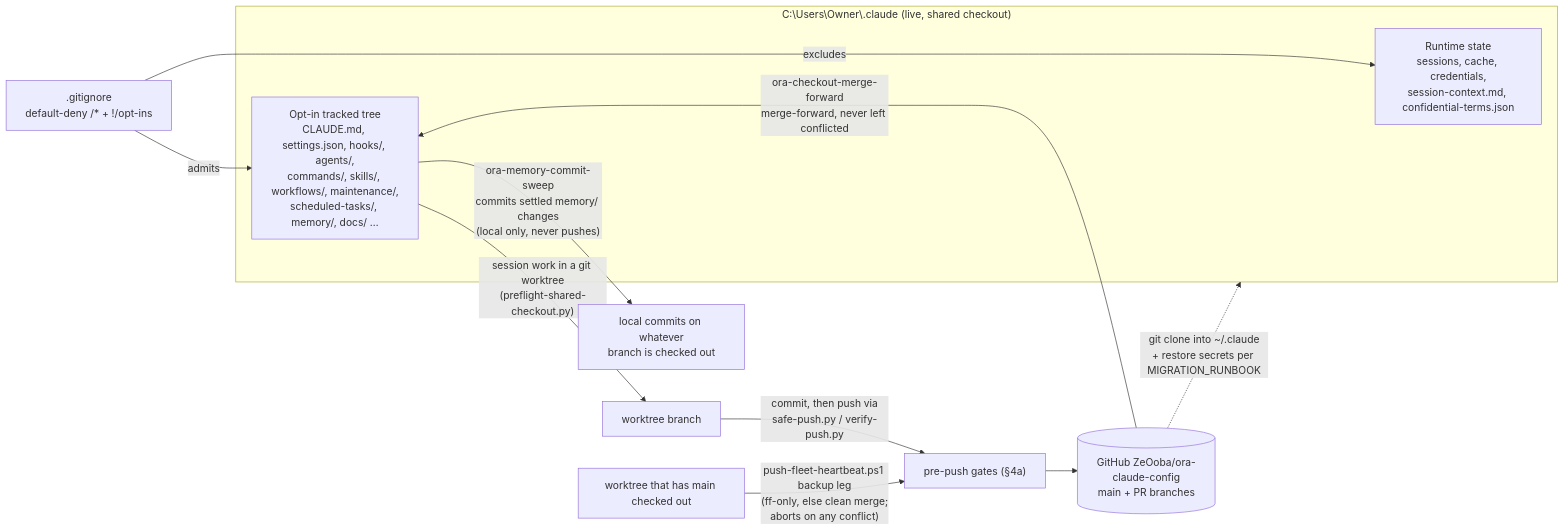
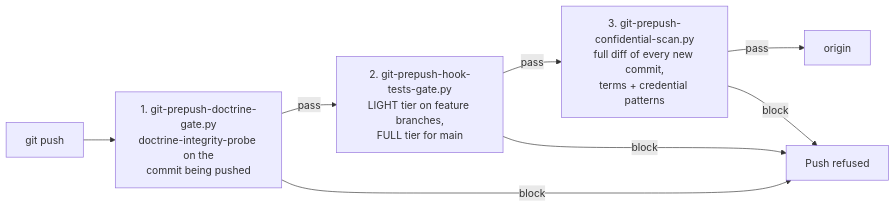
The fourth of 4 diagrams in README.md (ZeOoba/ora-claude-config), drawn with Mermaid before and after one commit. The commit also changed other lines of this file, not shown here.

````diff
--- a/README.md
+++ b/README.md
@@ -279,17 +387,10 @@
 ```mermaid
 flowchart LR
-    subgraph DISK["C:\Users\Owner\.claude (live, shared checkout)"]
-        RT["Runtime state<br/>sessions, cache, credentials,<br/>session-context.md, confidential-terms.json"]
-        TR["Opt-in tracked tree<br/>CLAUDE.md, settings.json, hooks/, agents/,<br/>commands/, skills/, workflows/, maintenance/,<br/>scheduled-tasks/, memory/, docs/ …"]
-    end
-    GI[".gitignore<br/>default-deny /* + !/opt-ins"]
-    GI -->|excludes| RT
-    GI -->|admits| TR
-    TR -->|"session work in a git worktree<br/>(preflight-shared-checkout.py)"| WT["worktree branch"]
-    WT -->|"commit, then push via<br/>safe-push.py / verify-push.py"| GATES["pre-push gates (§4a)"]
-    TR -->|"ora-memory-commit-sweep<br/>commits settled memory/ changes<br/>(local only, never pushes)"| LOCALC["local commits on whatever<br/>branch is checked out"]
-    MAINWT["worktree that has main checked out"] -->|"push-fleet-heartbeat.ps1 backup leg<br/>(ff-only, else clean merge;<br/>aborts on any conflict)"| GATES
-    GATES --> GH[("GitHub ZeOoba/ora-claude-config<br/>main + PR branches")]
-    GH -->|"ora-checkout-merge-forward<br/>merge-forward, never left conflicted"| TR
-    GH -.->|"git clone into ~/.claude<br/>+ restore secrets per MIGRATION_RUNBOOK"| DISK
+    PUSH["git push"] --> G1["1. git-prepush-doctrine-gate.py<br/>doctrine-integrity-probe on the<br/>commit being pushed"]
+    G1 -->|"pass"| G2["2. git-prepush-hook-tests-gate.py<br/>LIGHT tier on feature branches,<br/>FULL tier for main"]
+    G2 -->|"pass"| G3["3. git-prepush-confidential-scan.py<br/>full diff of every new commit,<br/>terms + credential patterns"]
+    G3 -->|"pass"| REMOTE["origin"]
+    G1 -->|"block"| STOP["Push refused"]
+    G2 -->|"block"| STOP
+    G3 -->|"block"| STOP
 ```
````
